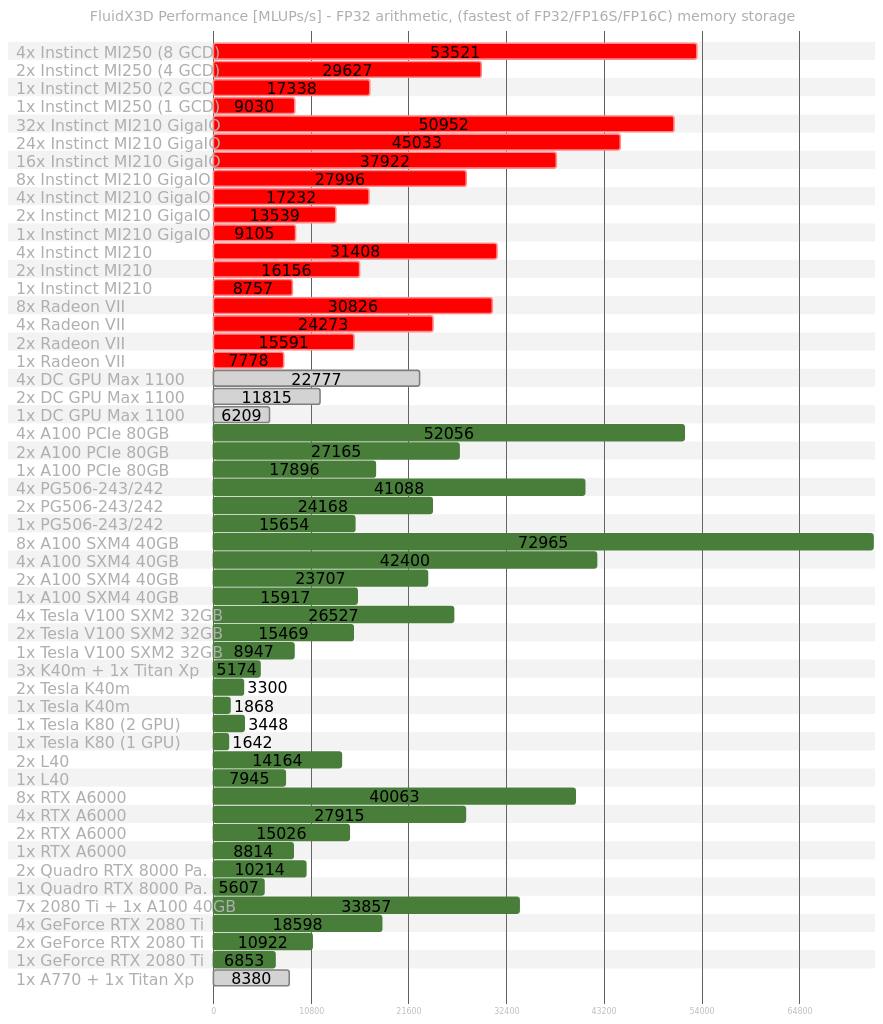
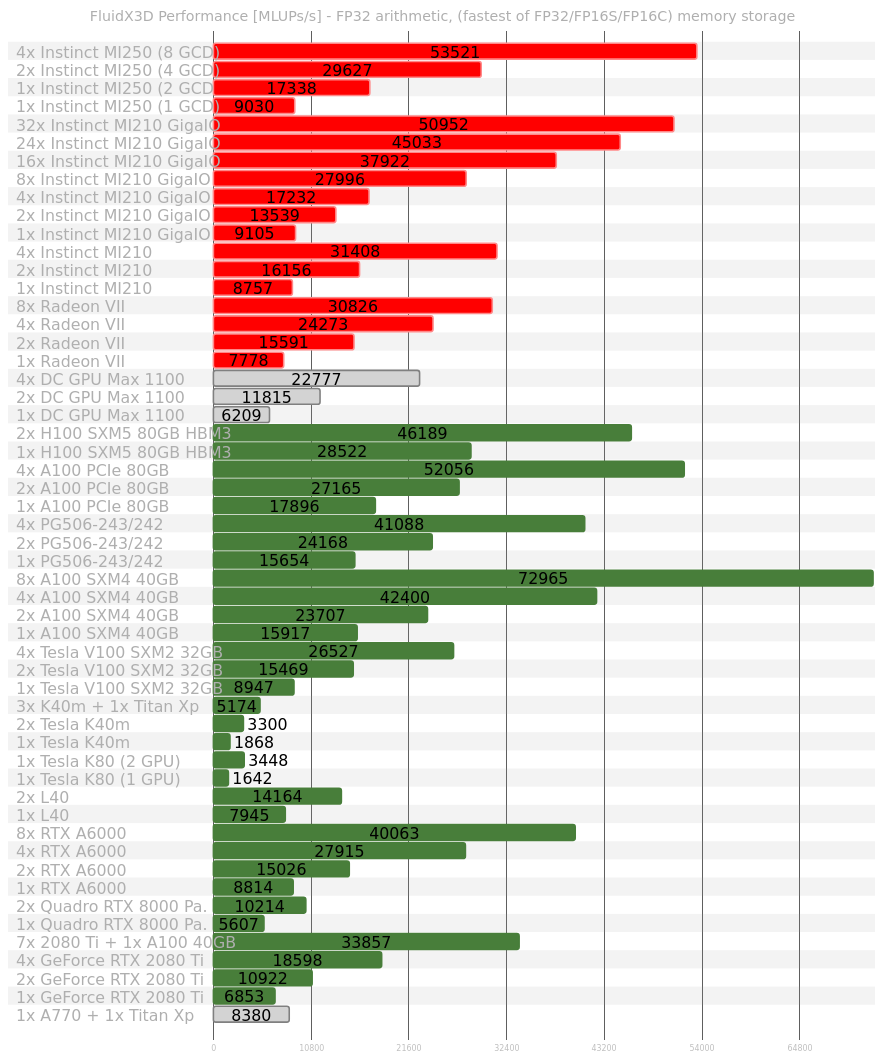
Before and after one commit to ProjectPhysX/FluidX3D: the second of 2 diagrams in README.md, drawn with Mermaid. The commit also changed other lines of this file and 1 other file, not shown here.

```diff
--- a/README.md
+++ b/README.md
@@ -1196,6 +1199,11 @@
 section 1x DC GPU Max 1100
 	6209 :done, 0, 6209
 
+section 2x H100 SXM5 80GB HBM3
+	46189 : 0, 46189
+section 1x H100 SXM5 80GB HBM3
+	28522 : 0, 28522
+
 section 4x A100 PCIe 80GB
 	52056 : 0, 52056
 section 2x A100 PCIe 80GB
```
